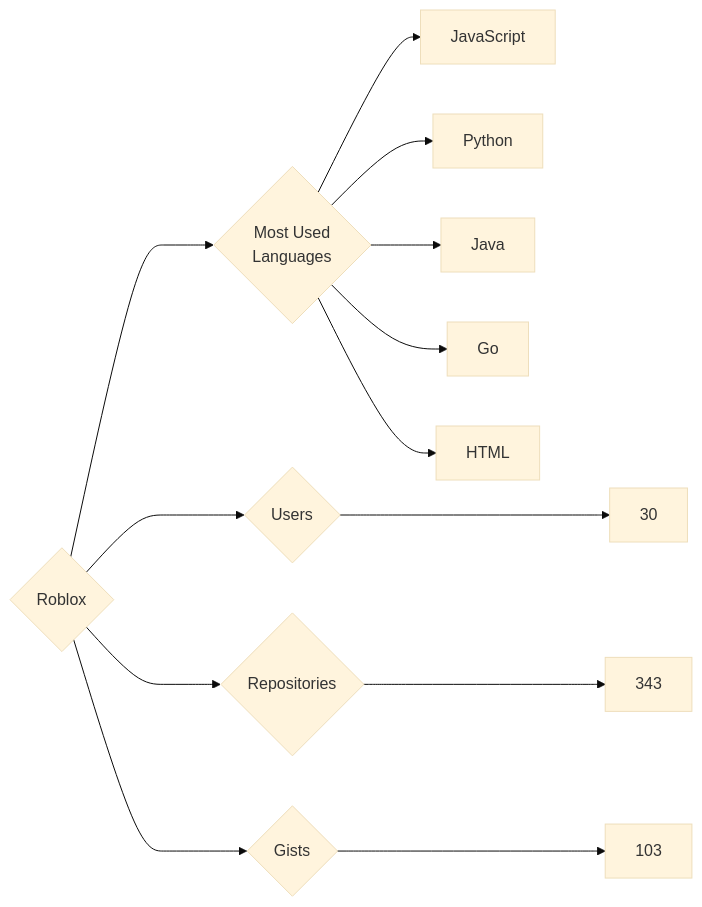
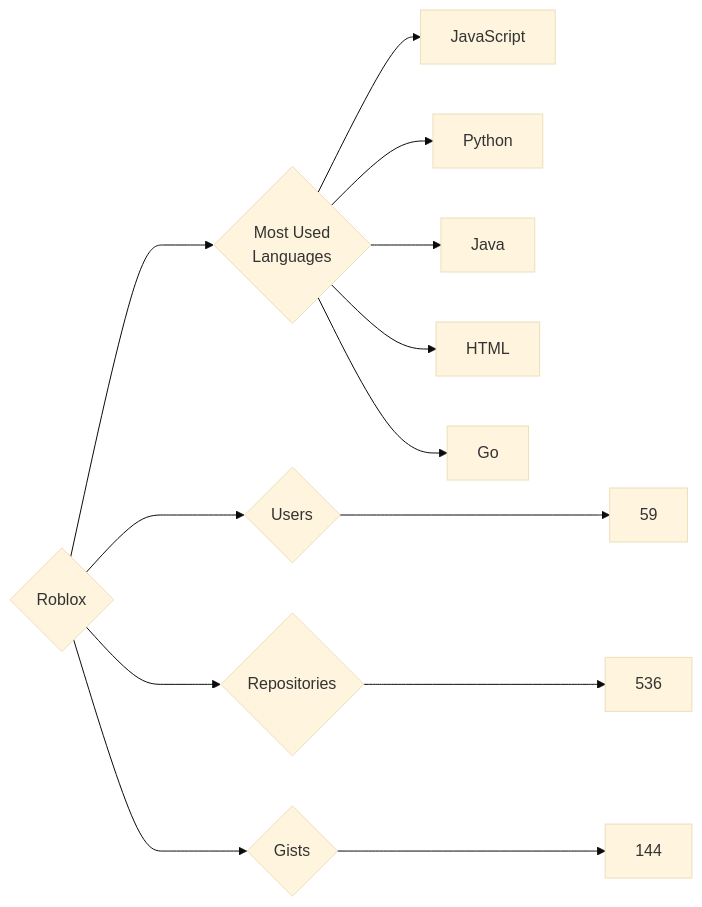
Before and after one commit to trickest/insiders: the diagram in targets/Roblox/README.md, drawn with Mermaid (base theme). The commit also changed 920 other files, not shown here.

````diff
--- a/targets/Roblox/README.md
+++ b/targets/Roblox/README.md
@@ -3,13 +3,13 @@
 ```mermaid
 graph LR
 COMPANY_NAME{Roblox}
-COMPANY_NAME ---> U{Users} ---> UN[30]
-COMPANY_NAME ---> R{Repositories} ---> RN[343]
-COMPANY_NAME ---> G{Gists} ---> GN[103]
+COMPANY_NAME ---> U{Users} ---> UN[59]
+COMPANY_NAME ---> R{Repositories} ---> RN[536]
+COMPANY_NAME ---> G{Gists} ---> GN[144]
 COMPANY_NAME ---> ML{Most Used<br>Languages}
 ML --> JavaScript[JavaScript]
 ML --> Python[Python]
 ML --> Java[Java]
+ML --> HTML[HTML]
 ML --> Go[Go]
-ML --> HTML[HTML]
 ```
````
